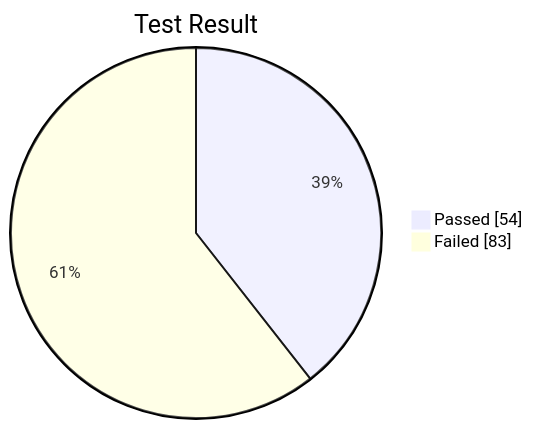
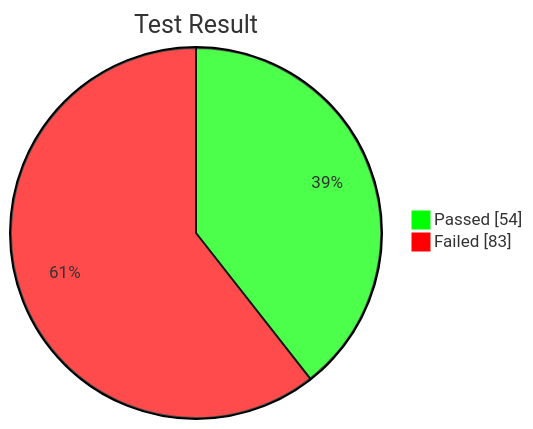
The diagram in judge/woowacourse/java-pairmatching-precourse/README.md (solo5star/woowacourse-precourse-judge), drawn with Mermaid before and after one commit. The commit also changed 6 other files, not shown here.

````diff
--- a/judge/woowacourse/java-pairmatching-precourse/README.md
+++ b/judge/woowacourse/java-pairmatching-precourse/README.md
@@ -9,6 +9,7 @@
 ```mermaid
+%%{init: {'theme': 'base', 'themeVariables': { 'pie1': '#00FF00', 'pie2': '#FF0000' }}}%%
 pie showData
     title Test Result
     "Passed": 54
     "Failed": 83
 ```
````
